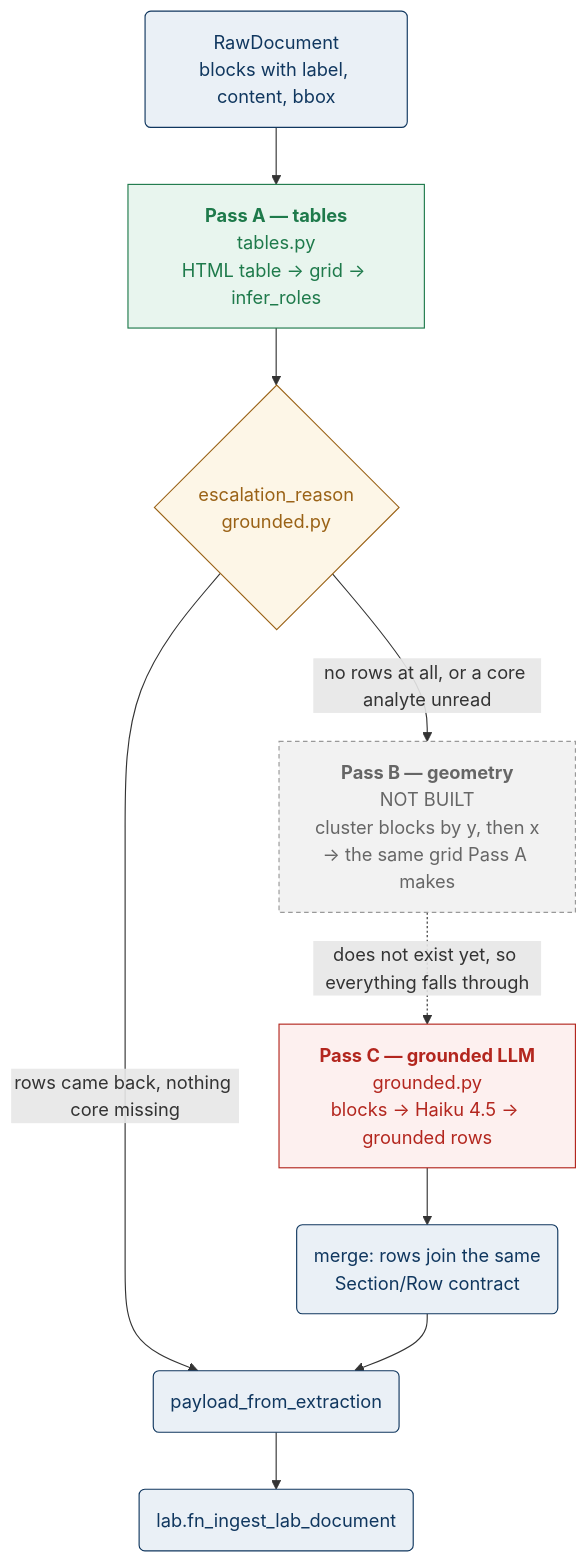
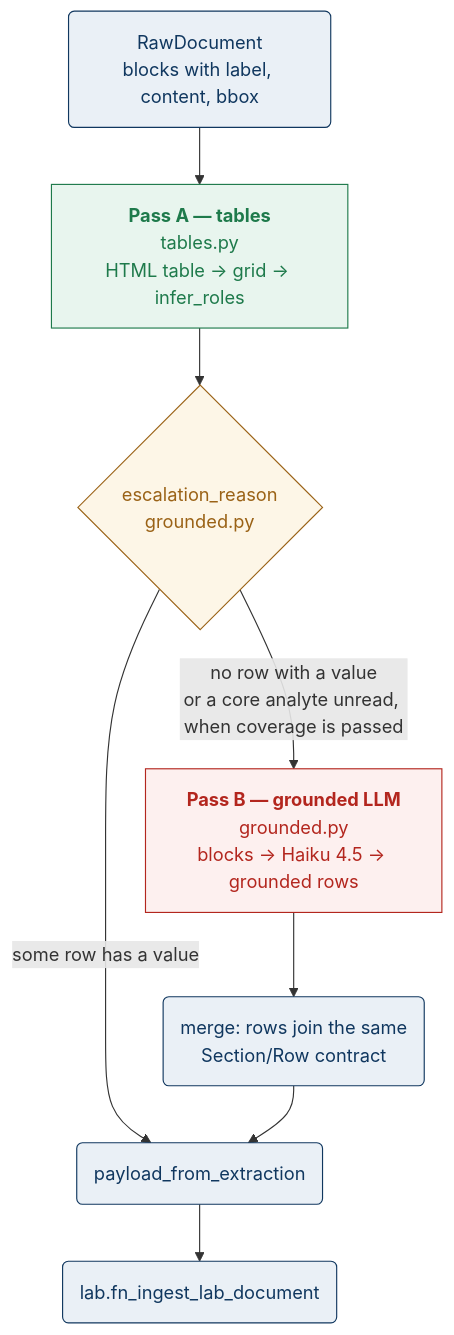
Before and after one commit to contexta-emr/lab-ai: the ninth of 13 diagrams in docs/architecture.md, drawn with Mermaid. The commit also changed other lines of this file and 4 other files, not shown here.

First line of the commit message:
docs: the geometry pass is eliminated; the grounded LLM is Pass B everywhere

````diff
--- a/docs/architecture.md
+++ b/docs/architecture.md
@@ -607,29 +612,24 @@
 ```mermaid
 flowchart TD
     RAW("RawDocument<br/>blocks with label, content, bbox") --> A
 
     A["<b>Pass A — tables</b><br/>tables.py<br/>HTML table → grid → infer_roles"]
     A --> CHK{"escalation_reason<br/>grounded.py"}
 
-    CHK -->|"rows came back, nothing core missing"| DONE(payload_from_extraction)
-    CHK -->|"no rows at all, or a core analyte unread"| B
+    CHK -->|"some row has a value"| DONE(payload_from_extraction)
+    CHK -->|"no row with a value<br/>or a core analyte unread, when coverage is passed"| B
 
-    B["<b>Pass B — geometry</b><br/>NOT BUILT<br/>cluster blocks by y, then x<br/>→ the same grid Pass A makes"]
-    B -.->|"does not exist yet, so everything falls through"| C
-
-    C["<b>Pass C — grounded LLM</b><br/>grounded.py<br/>blocks → Haiku 4.5 → grounded rows"]
-    C --> MERGE("merge: rows join the same<br/>Section/Row contract")
+    B["<b>Pass B — grounded LLM</b><br/>grounded.py<br/>blocks → Haiku 4.5 → grounded rows"]
+    B --> MERGE("merge: rows join the same<br/>Section/Row contract")
     MERGE --> DONE
     DONE --> ING(lab.fn_ingest_lab_document)
 
     classDef action fill:#eaf0f6,stroke:#10375f,color:#10375f
     classDef decision fill:#fdf6e7,stroke:#9a6216,color:#9a6216
     classDef safe fill:#e8f5ee,stroke:#1e7a4b,color:#1e7a4b
     classDef risk fill:#fdf0ef,stroke:#b3261e,color:#b3261e
-    classDef absent fill:#f2f2f2,stroke:#999,color:#666,stroke-dasharray:4 3
     class RAW,DONE,ING,MERGE action
     class CHK decision
     class A safe
-    class B absent
-    class C risk
+    class B risk
 ```
````
